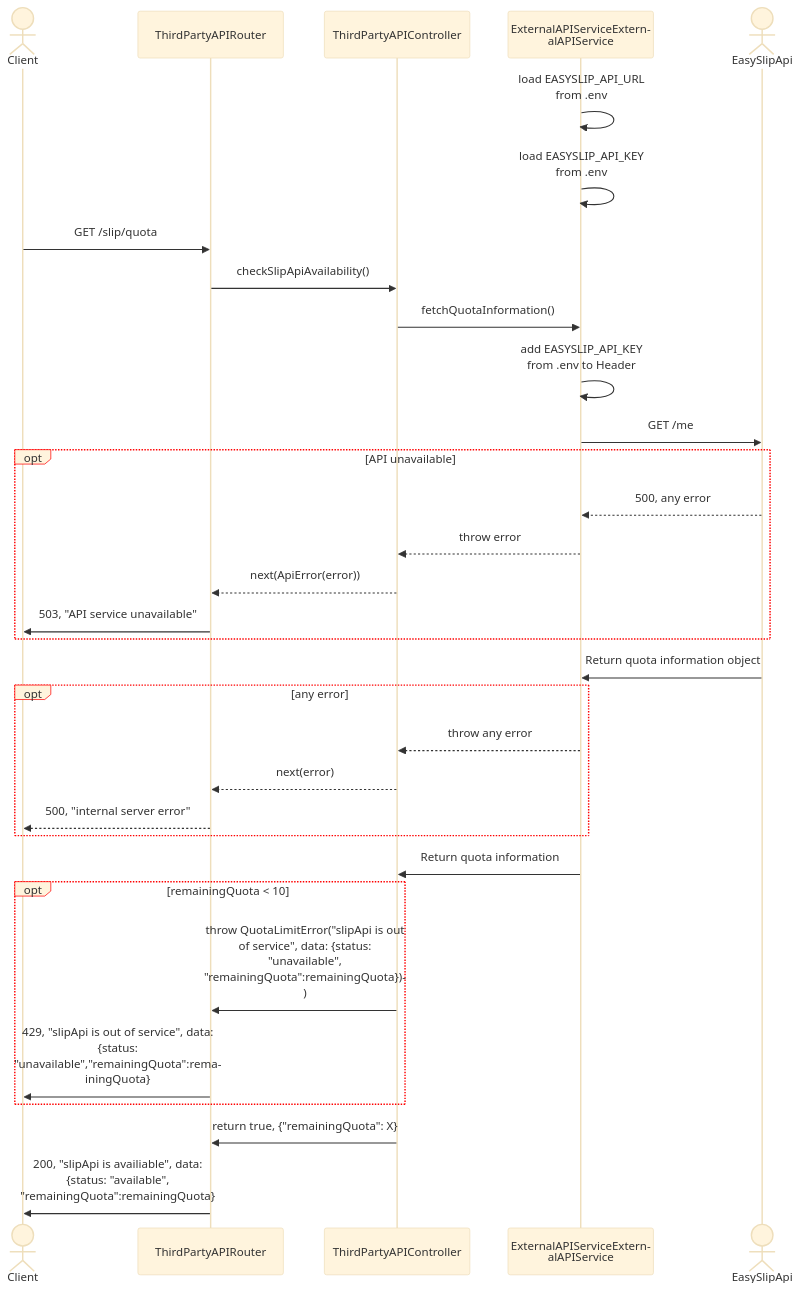
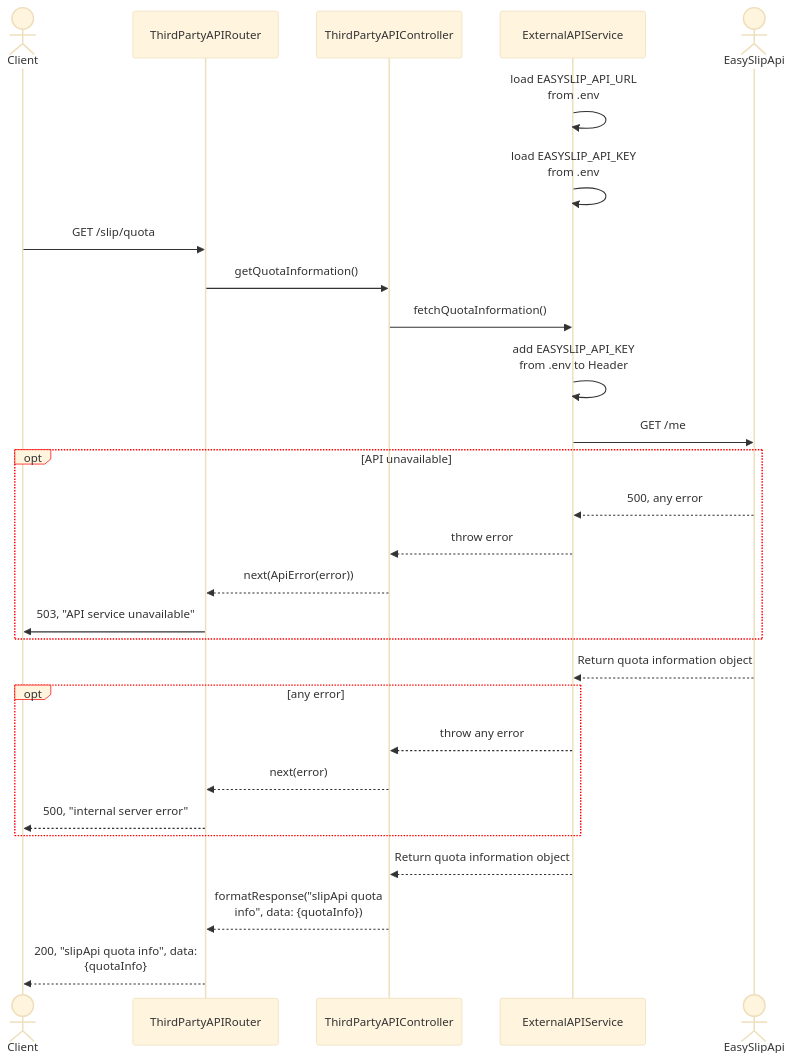
The diagram in design/api/QuotaCheck.mmd (SawatKia/WealthTracking), drawn with Mermaid before and after one commit. The commit also changed 2 other files, not shown here.

Commit message:
ensure that calling won't exceed the quota.; remove unuse the json data;

```diff
--- a/design/api/QuotaCheck.mmd
+++ b/design/api/QuotaCheck.mmd
@@ -1,51 +1,47 @@
 %%{
     init: {
         "theme":"base",
         "themeVariables": {
             "fontFamily": "system-ui",
             'labelBoxBorderColor': '#ff0000'
         },
         "sequence": { 
             "wrap": true, 
             "width": 202 
         } 
     }
 }%%
 sequenceDiagram
     Actor Client
     participant Router as ThirdPartyAPIRouter
     participant Cont as ThirdPartyAPIController
-    participant ApiClient as ExternalAPIServiceExternalAPIService
+    participant ApiClient as ExternalAPIService
     Actor Api as EasySlipApi
     %% EASYSLIP_API document = "https://developer.easyslip.com/document"
 
     %% add EASYSLIP_API_URL = "https://developer.easyslip.com/api/v1"<br>to .env
     %% add EASYSLIP_API_KEY from Easy api to .env
     
     ApiClient->>ApiClient: load EASYSLIP_API_URL from .env
     ApiClient->>ApiClient: load EASYSLIP_API_KEY from .env
 
     Client->>Router: GET /slip/quota
-    Router->>Cont: checkSlipApiAvailability()
+    Router->>Cont: getQuotaInformation()
     Cont->>ApiClient: fetchQuotaInformation()
     ApiClient->>ApiClient: add EASYSLIP_API_KEY from .env to Header
     ApiClient->>Api: GET /me
     opt API unavailable
-            Api-->>ApiClient: 500, any error
-            ApiClient-->>Cont: throw error 
-            Cont-->>Router: next(ApiError(error)) 
-            Router->>Client: 503, "API service unavailable"
-        end
-    Api->>ApiClient: Return quota information object
+        Api-->>ApiClient: 500, any error
+        ApiClient-->>Cont: throw error 
+        Cont-->>Router: next(ApiError(error)) 
+        Router->>Client: 503, "API service unavailable"
+    end
+    Api-->>ApiClient: Return quota information object
     opt any error
         ApiClient-->>Cont: throw any error
         Cont-->>Router: next(error)
         Router-->>Client: 500, "internal server error"
     end
-    ApiClient->>Cont: Return quota information
-    opt remainingQuota < 10
-        Cont->>Router: throw QuotaLimitError("slipApi is out of service", data: {status: "unavailable", "remainingQuota":remainingQuota}))
-        Router->>Client: 429, "slipApi is out of service", data: {status: "unavailable","remainingQuota":remainingQuota}
-    end
-    Cont->>Router: return true, {"remainingQuota": X}
-    Router->>Client: 200, "slipApi is availiable", data: {status: "available", "remainingQuota":remainingQuota}    
+    ApiClient-->>Cont: Return quota information object
+    Cont-->>Router: formatResponse("slipApi quota info", data: {quotaInfo})
+    Router-->>Client: 200, "slipApi quota info", data: {quotaInfo}
```
